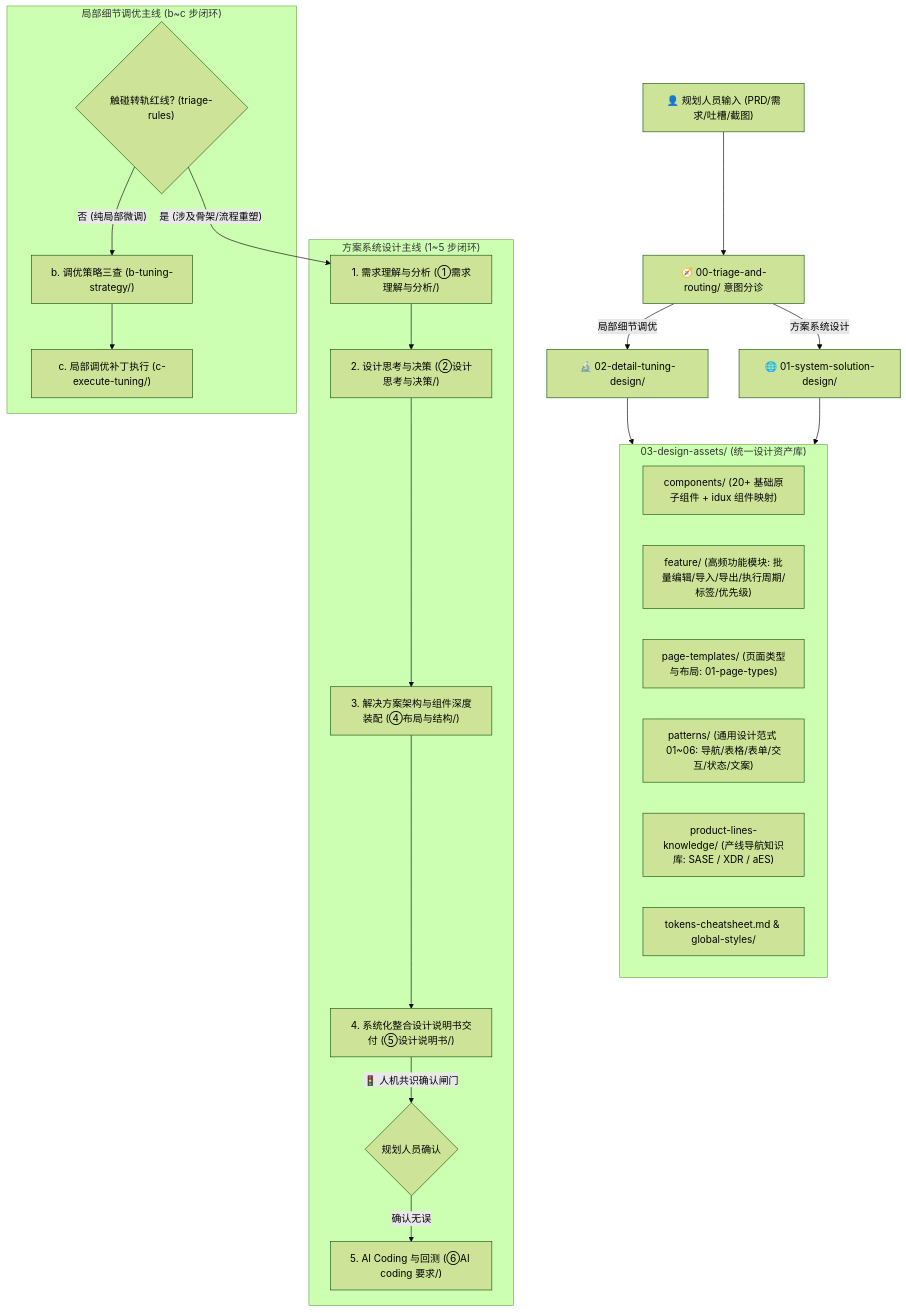
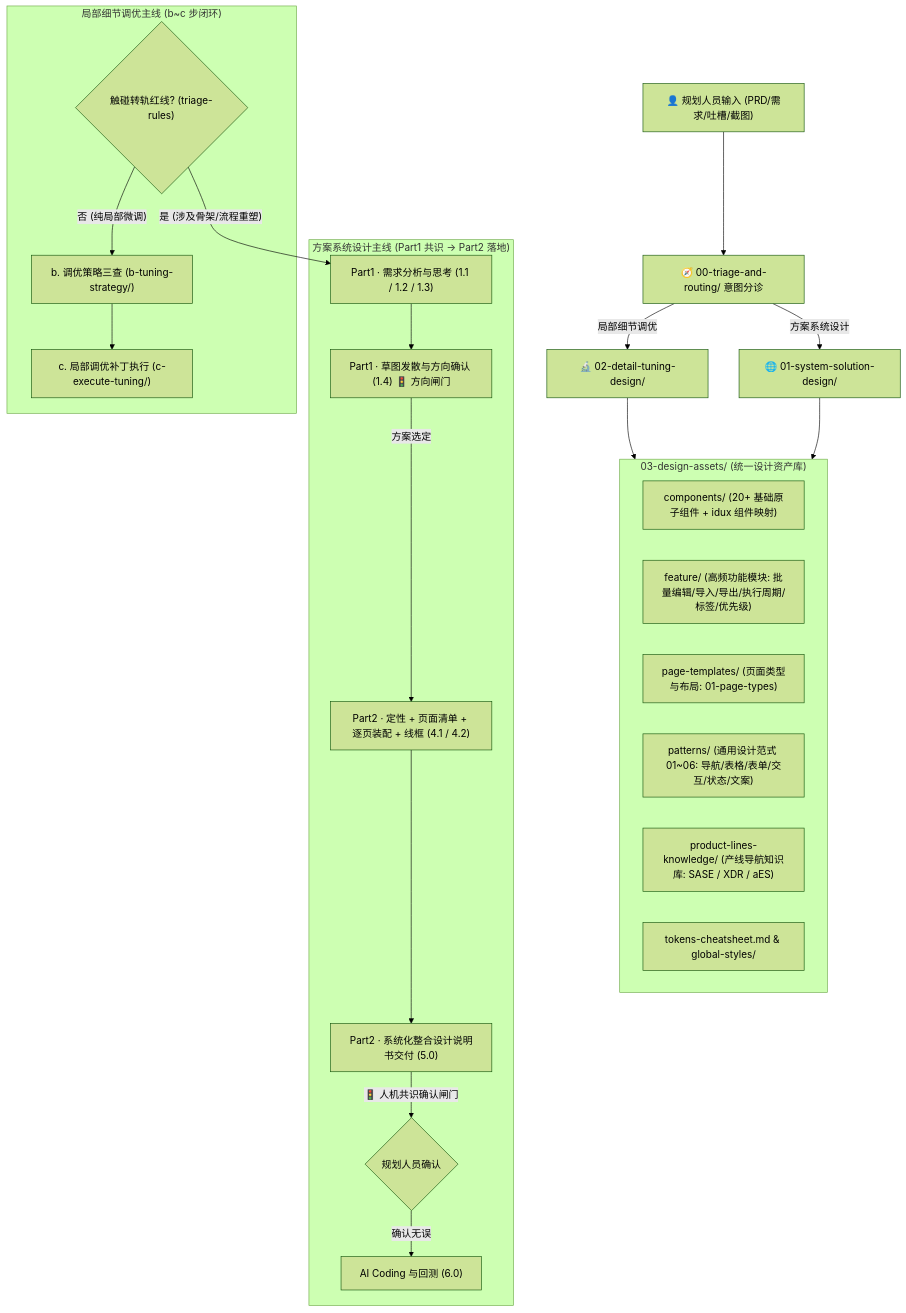
Before and after one commit to wangjue2026/skill-designer-prism: the diagram in SKILL.md, drawn with Mermaid (forest theme). The commit also changed other lines of this file and 37 other files, not shown here.

First line of the commit message:
docs(design-flow): 收敛 1.1/1.2 指南，新增 1.3/1.4 并同步说明书模板与样例

````diff
--- a/SKILL.md
+++ b/SKILL.md
@@ -29,37 +29,38 @@
 ```mermaid
 graph TD
     User["👤 规划人员输入 (PRD/需求/吐槽/截图)"] --> Triage["🧭 00-triage-and-routing/ 意图分诊"]
     
     Triage -->|"方案系统设计"| Macro["🌐 01-system-solution-design/"]
     Triage -->|"局部细节调优"| Micro["🔬 02-detail-tuning-design/"]
     
-    subgraph MacroPath ["方案系统设计主线 (1~5 步闭环)"]
-        M1["1. 需求理解与分析 (①需求理解与分析/)"]
-        M2["2. 设计思考与决策 (②设计思考与决策/)"]
-        M3["3. 解决方案架构与组件深度装配 (④布局与结构/)"]
-        M4["4. 系统化整合设计说明书交付 (⑤设计说明书/)"]
-        M5["5. AI Coding 与回测 (⑥AI coding 要求/)"]
-        M1 --> M2 --> M3 --> M4
+    subgraph MacroPath ["方案系统设计主线 (Part1 共识 → Part2 落地)"]
+        M1["Part1 · 需求分析与思考 (1.1 / 1.2 / 1.3)"]
+        M15["Part1 · 草图发散与方向确认 (1.4) 🚦 方向闸门"]
+        M3["Part2 · 定性 + 页面清单 + 逐页装配 + 线框 (4.1 / 4.2)"]
+        M4["Part2 · 系统化整合设计说明书交付 (5.0)"]
+        M5["AI Coding 与回测 (6.0)"]
+        M1 --> M15
+        M15 -->|"方案选定"| M3 --> M4
         M4 -->|"🚦 人机共识确认闸门"| Gate{"规划人员确认"}
         Gate -->|"确认无误"| M5
     end
     
     subgraph MicroPath ["局部细节调优主线 (b~c 步闭环)"]
         Esc{"触碰转轨红线? (triage-rules)"}
         Esc -->|"是 (涉及骨架/流程重塑)"| M1
         Esc -->|"否 (纯局部微调)"| m2["b. 调优策略三查 (b-tuning-strategy/)"]
         m2 --> m3["c. 局部调优补丁执行 (c-execute-tuning/)"]
     end
     
     subgraph Assets ["03-design-assets/ (统一设计资产库)"]
         Comps["components/ (20+ 基础原子组件 + idux 组件映射)"]
         Feature["feature/ (高频功能模块: 批量编辑/导入/导出/执行周期/标签/优先级)"]
         Pages["page-templates/ (页面类型与布局: 01-page-types)"]
         Patterns["patterns/ (通用设计范式 01~06: 导航/表格/表单/交互/状态/文案)"]
         PKB["product-lines-knowledge/ (产线导航知识库: SASE / XDR / aES)"]
         Tokens["tokens-cheatsheet.md & global-styles/"]
     end
 
     Macro --> Assets
     Micro --> Assets
 ```
````
